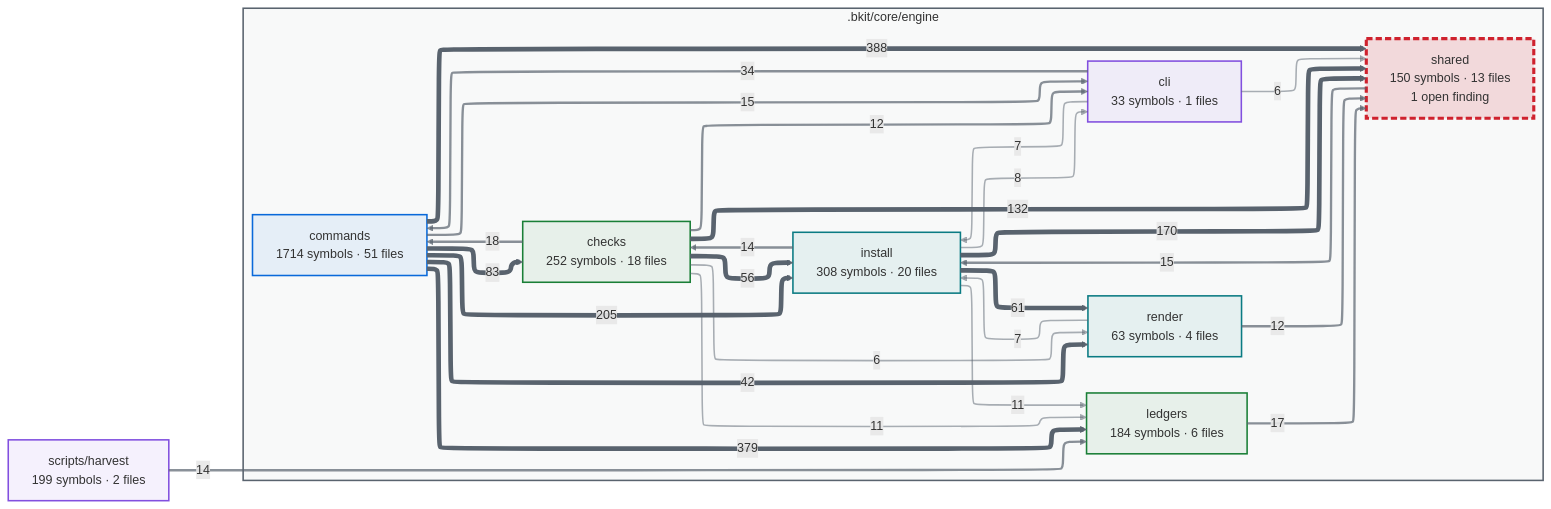
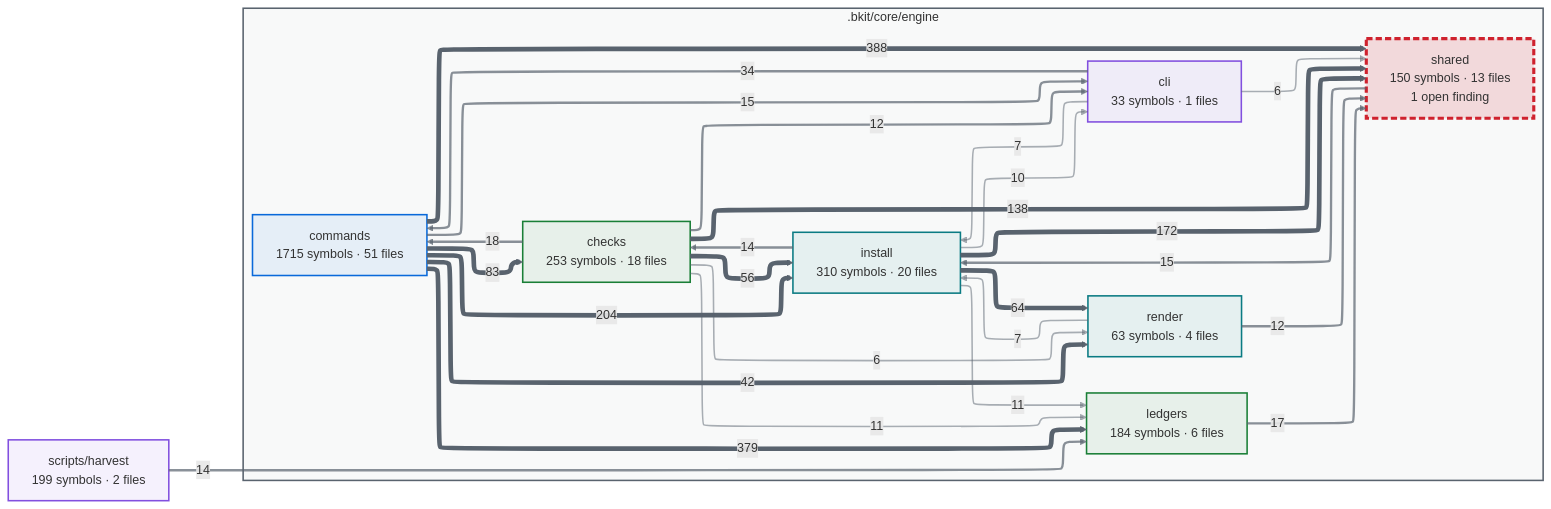
Before and after one commit to cbartens/bkit: the first of 2 diagrams in docs/capabilities.md, drawn with Mermaid. The commit also changed other lines of this file and 90 other files, not shown here.

````diff
--- a/docs/capabilities.md
+++ b/docs/capabilities.md
@@ -154,80 +154,80 @@
 ```mermaid
 ---
 config:
   layout: elk
   themeCSS: "marker { overflow: visible; } marker path { transform: scale(1.8); transform-origin: 5px 5px; }"
   flowchart:
     useMaxWidth: false
 ---
 flowchart LR
   %% Generated by bkit-graphify-rollup.py — do not edit
   subgraph gn_bkit_core_engine[".bkit/core/engine"]
-    n_bkit_core_engine_checks["checks<br/>252 symbols · 18 files"]
+    n_bkit_core_engine_checks["checks<br/>253 symbols · 18 files"]
     n_bkit_core_engine_cli["cli<br/>33 symbols · 1 files"]
-    n_bkit_core_engine_commands["commands<br/>1714 symbols · 51 files"]
-    n_bkit_core_engine_install["install<br/>308 symbols · 20 files"]
+    n_bkit_core_engine_commands["commands<br/>1715 symbols · 51 files"]
+    n_bkit_core_engine_install["install<br/>310 symbols · 20 files"]
     n_bkit_core_engine_ledgers["ledgers<br/>184 symbols · 6 files"]
     n_bkit_core_engine_render["render<br/>63 symbols · 4 files"]
     n_bkit_core_engine_shared["shared<br/>150 symbols · 13 files<br/>1 open finding"]
   end
   nscripts_harvest["scripts/harvest<br/>199 symbols · 2 files"]
   n_bkit_core_engine_commands -->|388| n_bkit_core_engine_shared
   n_bkit_core_engine_commands -->|379| n_bkit_core_engine_ledgers
-  n_bkit_core_engine_commands -->|205| n_bkit_core_engine_install
-  n_bkit_core_engine_install -->|170| n_bkit_core_engine_shared
-  n_bkit_core_engine_checks -->|132| n_bkit_core_engine_shared
+  n_bkit_core_engine_commands -->|204| n_bkit_core_engine_install
+  n_bkit_core_engine_install -->|172| n_bkit_core_engine_shared
+  n_bkit_core_engine_checks -->|138| n_bkit_core_engine_shared
   n_bkit_core_engine_commands -->|83| n_bkit_core_engine_checks
-  n_bkit_core_engine_install -->|61| n_bkit_core_engine_render
+  n_bkit_core_engine_install -->|64| n_bkit_core_engine_render
   n_bkit_core_engine_checks -->|56| n_bkit_core_engine_install
   n_bkit_core_engine_commands -->|42| n_bkit_core_engine_render
   n_bkit_core_engine_cli -->|34| n_bkit_core_engine_commands
   n_bkit_core_engine_checks -->|18| n_bkit_core_engine_commands
   n_bkit_core_engine_ledgers -->|17| n_bkit_core_engine_shared
   n_bkit_core_engine_shared -->|15| n_bkit_core_engine_install
   n_bkit_core_engine_commands -->|15| n_bkit_core_engine_cli
   n_bkit_core_engine_install -->|14| n_bkit_core_engine_checks
   nscripts_harvest -->|14| n_bkit_core_engine_ledgers
   n_bkit_core_engine_checks -->|12| n_bkit_core_engine_cli
   n_bkit_core_engine_render -->|12| n_bkit_core_engine_shared
   n_bkit_core_engine_checks -->|11| n_bkit_core_engine_ledgers
   n_bkit_core_engine_install -->|11| n_bkit_core_engine_ledgers
-  n_bkit_core_engine_install -->|8| n_bkit_core_engine_cli
+  n_bkit_core_engine_install -->|10| n_bkit_core_engine_cli
   n_bkit_core_engine_cli -->|7| n_bkit_core_engine_install
   n_bkit_core_engine_render -->|7| n_bkit_core_engine_install
   n_bkit_core_engine_checks -->|6| n_bkit_core_engine_render
   n_bkit_core_engine_cli -->|6| n_bkit_core_engine_shared
   style gn_bkit_core_engine fill:#59636e0a,stroke:#59636e,stroke-width:2px
   style n_bkit_core_engine_checks stroke:#1a7f37,stroke-width:2px,fill:#1a7f3714
   style n_bkit_core_engine_cli stroke:#8250df,stroke-width:2px,fill:#8250df14
   style n_bkit_core_engine_commands stroke:#0969da,stroke-width:2px,fill:#0969da14
   style n_bkit_core_engine_install stroke:#0a7b83,stroke-width:2px,fill:#0a7b8314
   style n_bkit_core_engine_ledgers stroke:#1a7f37,stroke-width:2px,fill:#1a7f3714
   style n_bkit_core_engine_render stroke:#0a7b83,stroke-width:2px,fill:#0a7b8314
   style n_bkit_core_engine_shared stroke:#cf222e,stroke-width:4px,stroke-dasharray:8 4,fill:#cf222e26
   style nscripts_harvest stroke:#8250df,stroke-width:2px,fill:#8250df14
   linkStyle 0 stroke:#59636e,stroke-width:6px
   linkStyle 1 stroke:#59636e,stroke-width:6px
   linkStyle 2 stroke:#59636e,stroke-width:6px
   linkStyle 3 stroke:#59636e,stroke-width:6px
   linkStyle 4 stroke:#59636e,stroke-width:6px
   linkStyle 5 stroke:#59636e,stroke-width:6px
   linkStyle 6 stroke:#59636e,stroke-width:6px
   linkStyle 7 stroke:#59636e,stroke-width:6px
   linkStyle 8 stroke:#59636e,stroke-width:6px
   linkStyle 9 stroke:#59636eb3,stroke-width:3px
   linkStyle 10 stroke:#59636eb3,stroke-width:3px
   linkStyle 11 stroke:#59636eb3,stroke-width:3px
   linkStyle 12 stroke:#59636eb3,stroke-width:3px
   linkStyle 13 stroke:#59636eb3,stroke-width:3px
   linkStyle 14 stroke:#59636eb3,stroke-width:3px
   linkStyle 15 stroke:#59636eb3,stroke-width:3px
   linkStyle 16 stroke:#59636eb3,stroke-width:3px
   linkStyle 17 stroke:#59636eb3,stroke-width:3px
   linkStyle 18 stroke:#59636e80,stroke-width:2px
   linkStyle 19 stroke:#59636e80,stroke-width:2px
   linkStyle 20 stroke:#59636e80,stroke-width:2px
   linkStyle 21 stroke:#59636e80,stroke-width:2px
   linkStyle 22 stroke:#59636e80,stroke-width:2px
   linkStyle 23 stroke:#59636e80,stroke-width:2px
   linkStyle 24 stroke:#59636e80,stroke-width:2px
 ```
````
